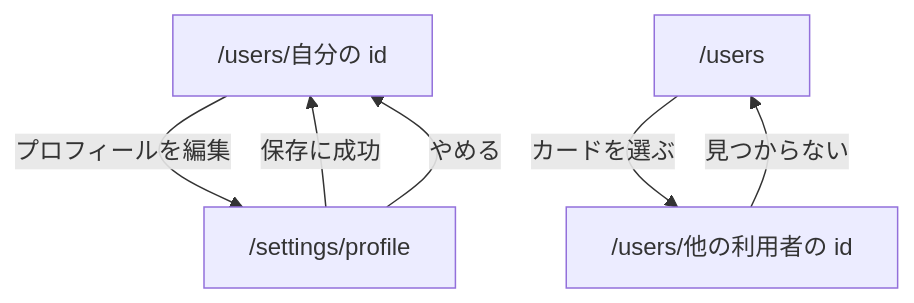
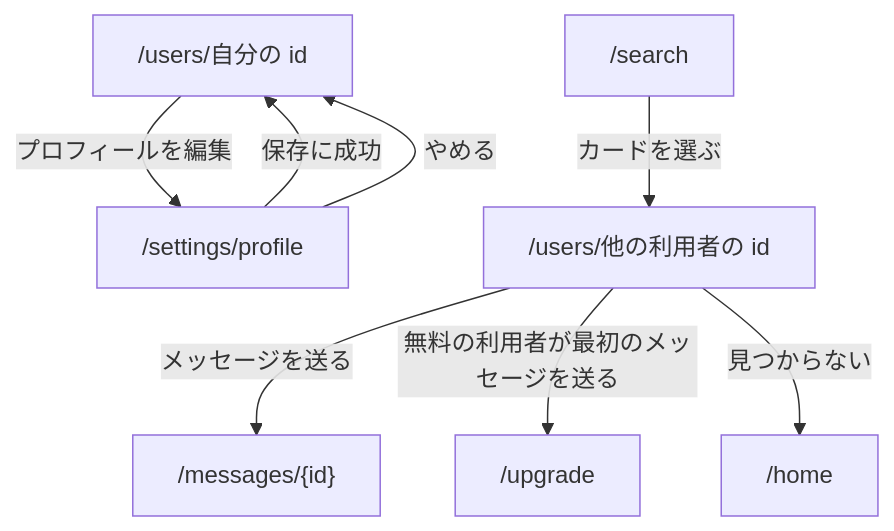
One commit to masseater/typescript-template changed the diagram in apps/wiki/content/docs/pages/user-profile.md. Above: the diagram before and after it, drawn with Mermaid. The commit also changed other lines of this file and 9 other files, not shown here.

````diff
--- a/apps/wiki/content/docs/pages/user-profile.md
+++ b/apps/wiki/content/docs/pages/user-profile.md
@@ -60,8 +66,10 @@
 ```mermaid
 flowchart TD
-  home["/users/自分の id"] -- プロフィールを編集 --> edit["/settings/profile"]
-  edit -- 保存に成功 --> home
-  edit -- やめる --> home
-  users["/users"] -- カードを選ぶ --> other["/users/他の利用者の id"]
-  other -- 見つからない --> users
+  me["/users/自分の id"] -- プロフィールを編集 --> edit["/settings/profile"]
+  edit -- 保存に成功 --> me
+  edit -- やめる --> me
+  search["/search"] -- カードを選ぶ --> other["/users/他の利用者の id"]
+  other -- メッセージを送る --> conversation["/messages/{id}"]
+  other -- 無料の利用者が最初のメッセージを送る --> upgrade["/upgrade"]
+  other -- 見つからない --> home["/home"]
 ```
````
